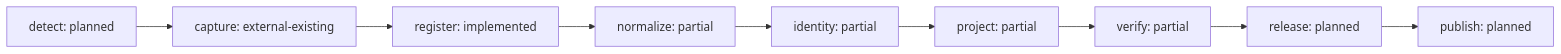
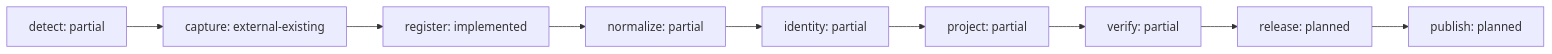
One commit to rk-gamemods/HumanHostWiki changed the second of 2 diagrams in docs/REPOSITORIES.md. Above: the diagram before and after it, drawn with Mermaid. The commit also changed other lines of this file and 19 other files, not shown here.

````diff
--- a/docs/REPOSITORIES.md
+++ b/docs/REPOSITORIES.md
@@ -74,20 +74,20 @@
 ```mermaid
 flowchart LR
-  detect["detect: planned"]
+  detect["detect: partial"]
   capture["capture: external-existing"]
   detect --> capture
   register["register: implemented"]
   capture --> register
   normalize["normalize: partial"]
   register --> normalize
   identity["identity: partial"]
   normalize --> identity
   project["project: partial"]
   identity --> project
   verify["verify: partial"]
   project --> verify
   release["release: planned"]
   verify --> release
   publish["publish: planned"]
   release --> publish
 ```
````
